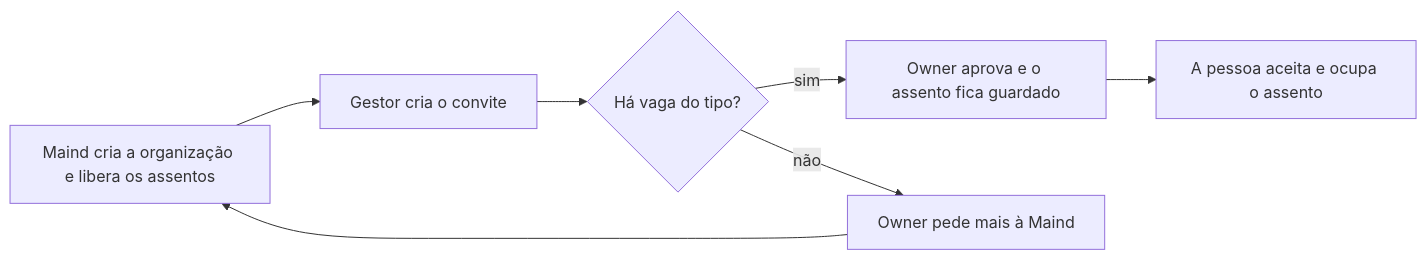
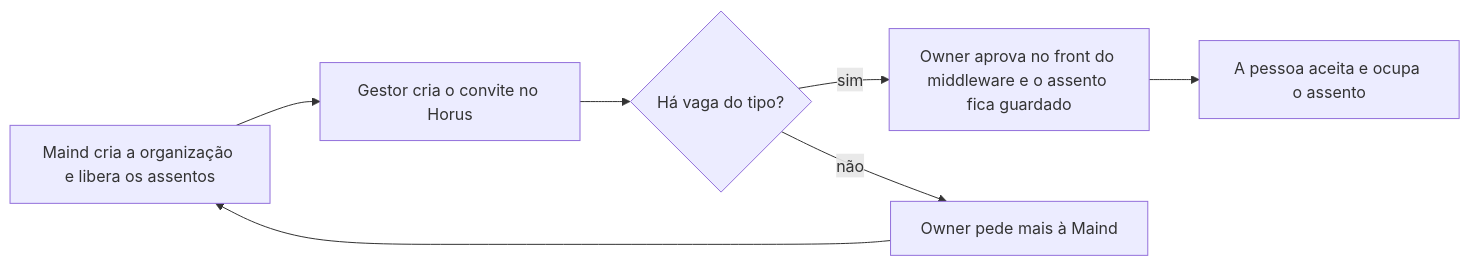
Before and after one commit to fabioabr/horus-v2-docs: the diagram in docs/leitura/mfs/mf-103-licencas-e-planos.md, drawn with Mermaid. The commit also changed other lines of this file and 49 other files, not shown here.

````diff
--- a/docs/leitura/mfs/mf-103-licencas-e-planos.md
+++ b/docs/leitura/mfs/mf-103-licencas-e-planos.md
@@ -112,9 +120,9 @@
 ```mermaid
 flowchart LR
-  a[Maind cria a organização e libera os assentos] --> b[Gestor cria o convite]
+  a[Maind cria a organização e libera os assentos] --> b[Gestor cria o convite no Horus]
   b --> c{Há vaga do tipo?}
-  c -->|sim| d[Owner aprova e o assento fica guardado]
+  c -->|sim| d[Owner aprova no front do middleware e o assento fica guardado]
   c -->|não| e[Owner pede mais à Maind]
   e --> a
   d --> f[A pessoa aceita e ocupa o assento]
 ```
````
